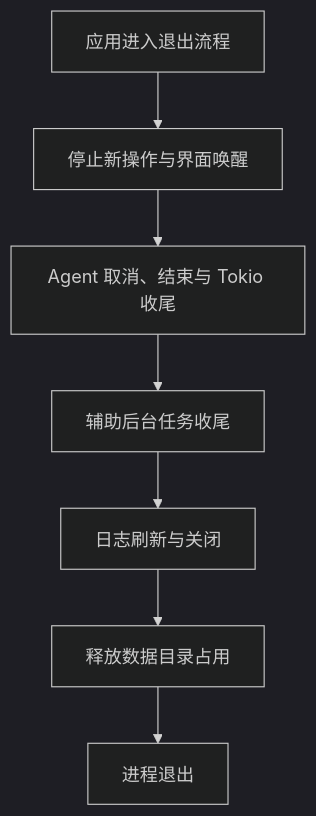
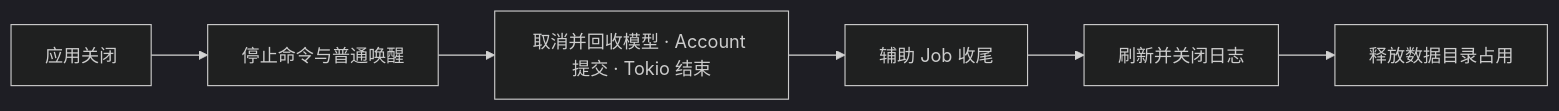
One commit to slc90/Agentelier changed the third of 3 diagrams in docs/design/architecture.md. Above: the diagram before and after it, drawn with Mermaid (dark theme). The commit also changed other lines of this file and 69 other files, not shown here.

````diff
--- a/docs/design/architecture.md
+++ b/docs/design/architecture.md
@@ -164,9 +109,8 @@
 ```mermaid
-flowchart TD
-    Exit["应用进入退出流程"] --> Stop["停止新操作与界面唤醒"]
-    Stop --> AgentStop["Agent 取消、结束与 Tokio 收尾"]
-    AgentStop --> JobStop["辅助后台任务收尾"]
-    JobStop --> Logs["日志刷新与关闭"]
+flowchart LR
+    Exit["应用关闭"] --> Stop["停止命令与普通唤醒"]
+    Stop --> Agent["取消并回收模型 · Account 提交 · Tokio 结束"]
+    Agent --> Jobs["辅助 Job 收尾"]
+    Jobs --> Logs["刷新并关闭日志"]
     Logs --> Data["释放数据目录占用"]
-    Data --> Done["进程退出"]
 ```
````
